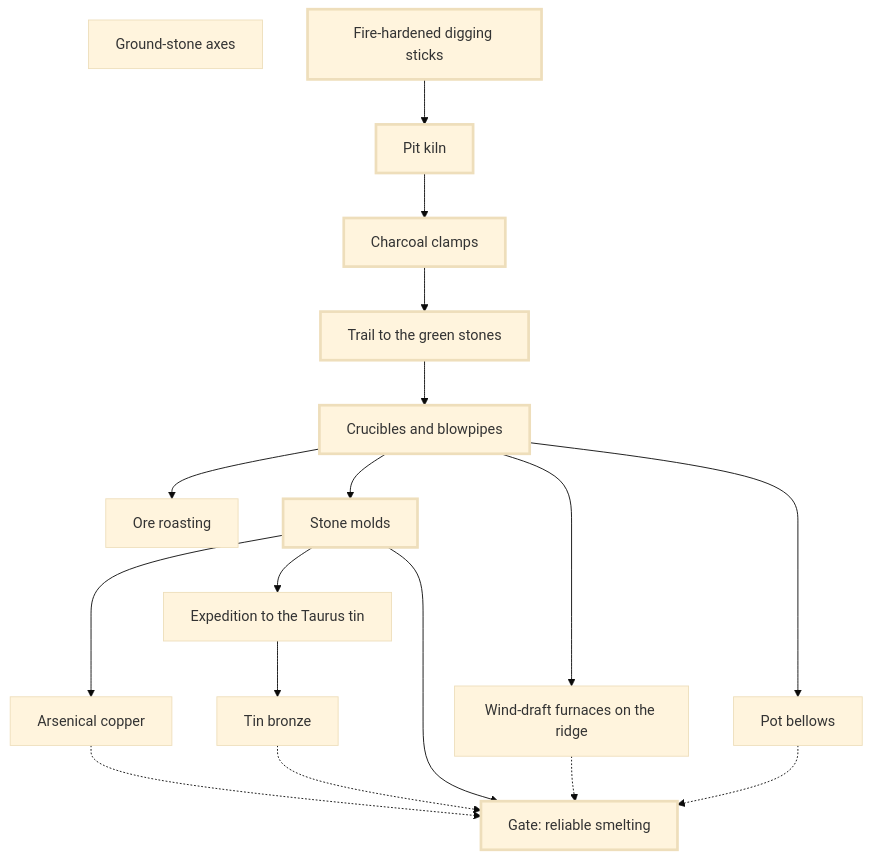
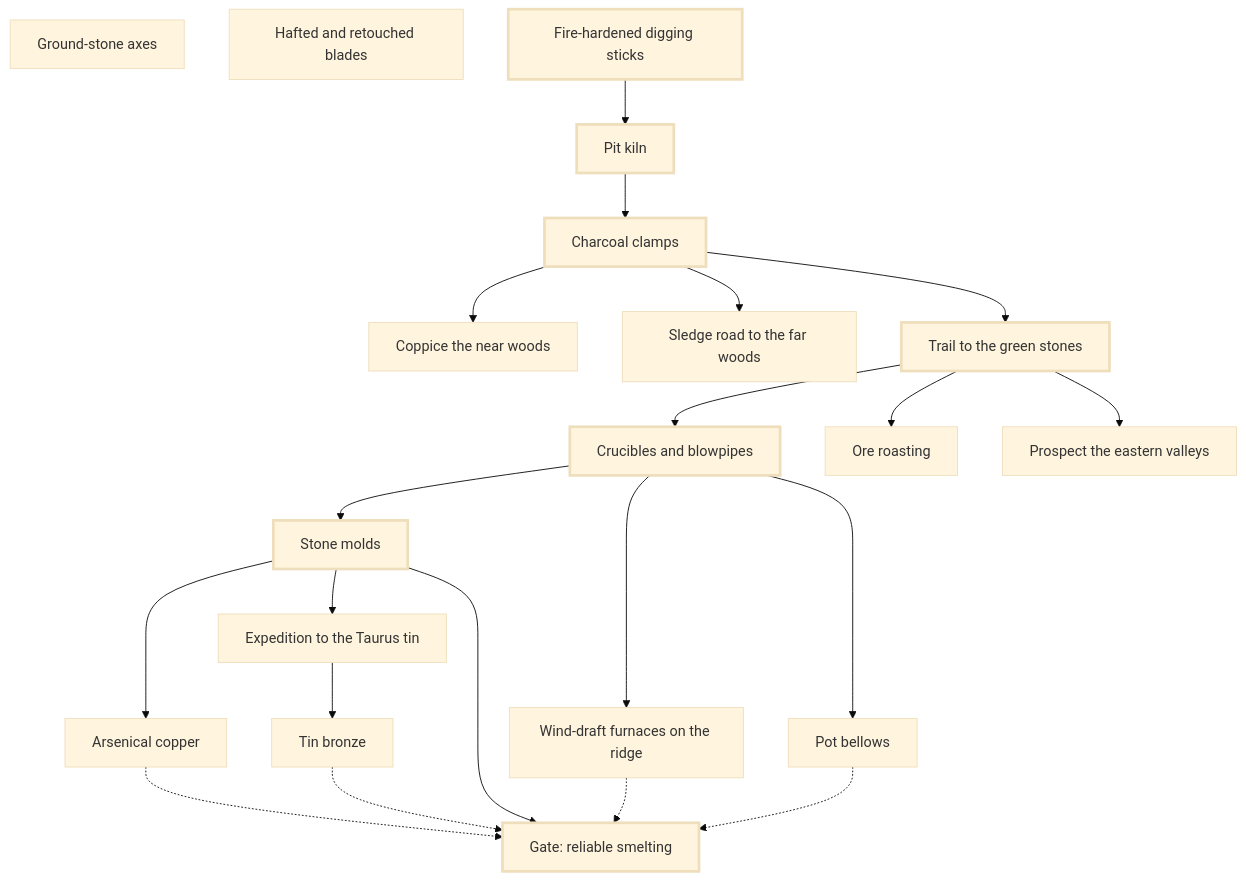
One commit to joethechickenguy/repo_for_claude changed the first of 6 diagrams in tech-tree/generated/dependencies.md. Above: the diagram before and after it, drawn with Mermaid (base theme). The commit also changed other lines of this file and 17 other files, not shown here.

````diff
--- a/tech-tree/generated/dependencies.md
+++ b/tech-tree/generated/dependencies.md
@@ -34,35 +38,42 @@
 ```mermaid
 flowchart TD
   ground_stone_axes["Ground-stone axes"]
+  hafted_blades["Hafted and retouched blades"]
   digging_sticks["Fire-hardened digging sticks"]
   pit_kiln["Pit kiln"]
   digging_sticks --> pit_kiln
   charcoal_clamps["Charcoal clamps"]
   pit_kiln --> charcoal_clamps
+  coppice_near_woods["Coppice the near woods"]
+  charcoal_clamps --> coppice_near_woods
+  timber_sledges["Sledge road to the far woods"]
+  charcoal_clamps --> timber_sledges
   trail_green_stones["Trail to the green stones"]
   charcoal_clamps --> trail_green_stones
   crucibles_blowpipes["Crucibles and blowpipes"]
   trail_green_stones --> crucibles_blowpipes
   ore_roasting["Ore roasting"]
-  crucibles_blowpipes --> ore_roasting
+  trail_green_stones --> ore_roasting
+  eastern_outcrop["Prospect the eastern valleys"]
+  trail_green_stones --> eastern_outcrop
   stone_molds["Stone molds"]
   crucibles_blowpipes --> stone_molds
   wind_furnaces["Wind-draft furnaces on the ridge"]
   crucibles_blowpipes --> wind_furnaces
   pot_bellows["Pot bellows"]
   crucibles_blowpipes --> pot_bellows
   arsenical_copper["Arsenical copper"]
   stone_molds --> arsenical_copper
   tin_survey_kestel["Expedition to the Taurus tin"]
   stone_molds --> tin_survey_kestel
   tin_bronze["Tin bronze"]
   tin_survey_kestel --> tin_bronze
   gate_reliable_smelting["Gate: reliable smelting"]
   stone_molds --> gate_reliable_smelting
   wind_furnaces -.-> gate_reliable_smelting
   pot_bellows -.-> gate_reliable_smelting
   arsenical_copper -.-> gate_reliable_smelting
   tin_bronze -.-> gate_reliable_smelting
   classDef crit stroke-width:3px
   class digging_sticks,pit_kiln,charcoal_clamps,trail_green_stones,crucibles_blowpipes,stone_molds,gate_reliable_smelting crit
 ```
````
